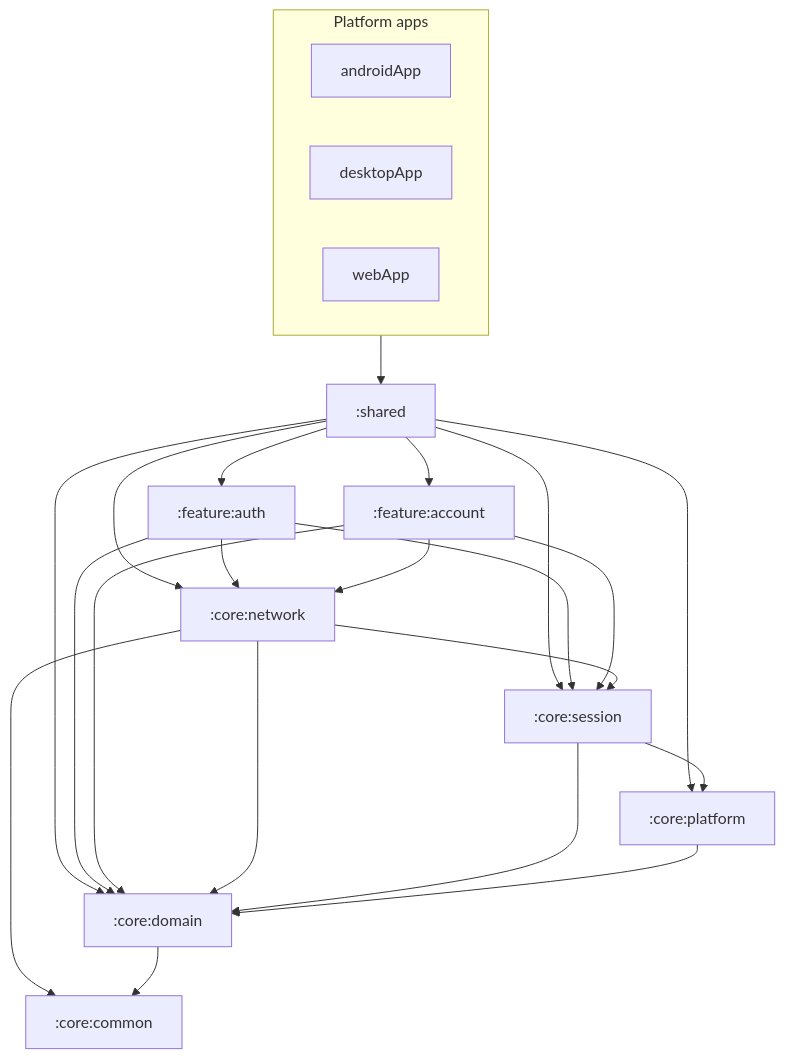
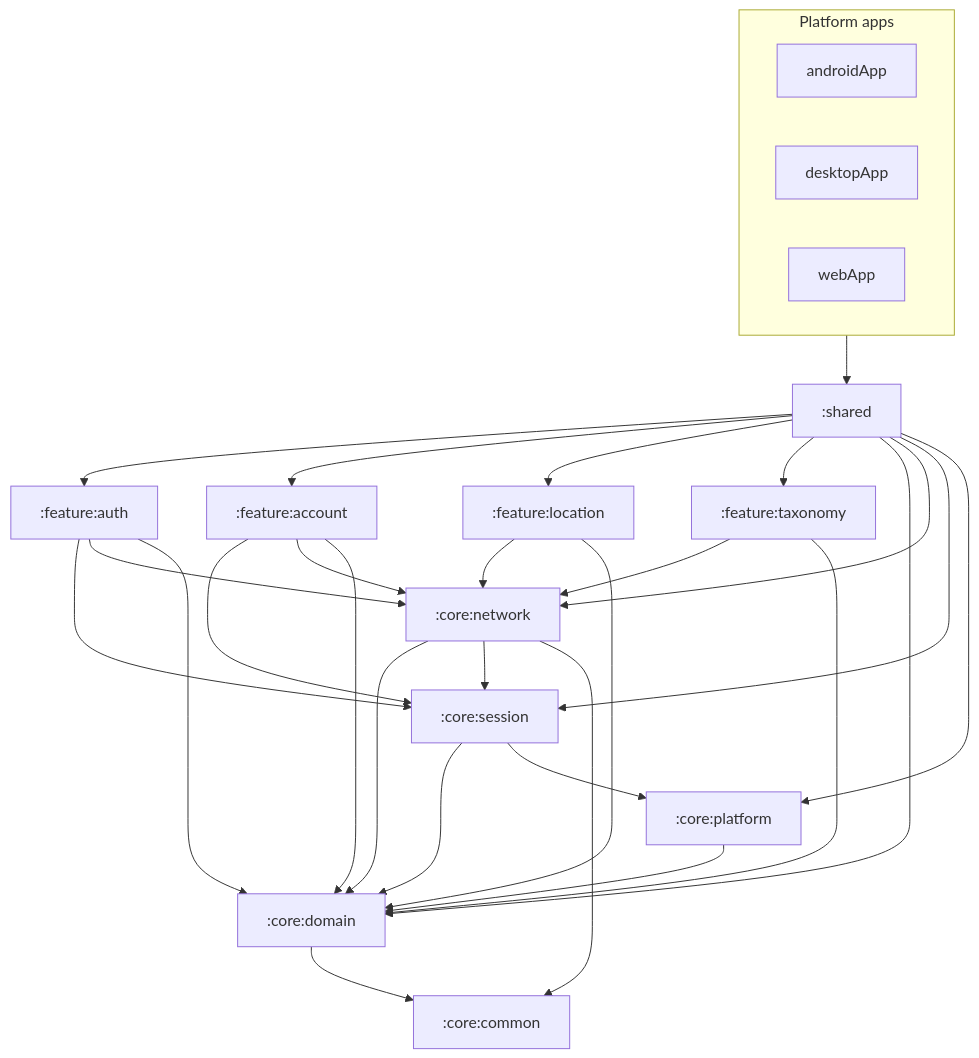
One commit to cavidyrm/vitran-frontend changed the diagram in docs/dependency-rules.md. Above: the diagram before and after it, drawn with Mermaid. The commit also changed other lines of this file and 54 other files, not shown here.

First line of the commit message:
Implement Phase 4 shared location and taxonomy reference data.

````diff
--- a/docs/dependency-rules.md
+++ b/docs/dependency-rules.md
@@ -7,38 +7,46 @@
 ```mermaid
 flowchart TB
   subgraph apps [Platform apps]
     androidApp
     desktopApp
     webApp
   end
 
   sharedMod[":shared"]
   featAuth[":feature:auth"]
   featAccount[":feature:account"]
+  featLocation[":feature:location"]
+  featTaxonomy[":feature:taxonomy"]
   coreDomain[":core:domain"]
   coreNetwork[":core:network"]
   coreSession[":core:session"]
   corePlatform[":core:platform"]
   coreCommon[":core:common"]
 
   apps --> sharedMod
   sharedMod --> featAuth
   sharedMod --> featAccount
+  sharedMod --> featLocation
+  sharedMod --> featTaxonomy
   sharedMod --> coreDomain
   sharedMod --> coreNetwork
   sharedMod --> coreSession
   sharedMod --> corePlatform
   featAuth --> coreSession
   featAuth --> coreNetwork
   featAuth --> coreDomain
   featAccount --> coreSession
   featAccount --> coreNetwork
   featAccount --> coreDomain
+  featLocation --> coreNetwork
+  featLocation --> coreDomain
+  featTaxonomy --> coreNetwork
+  featTaxonomy --> coreDomain
   coreNetwork --> coreDomain
   coreNetwork --> coreSession
   coreNetwork --> coreCommon
   coreSession --> coreDomain
   coreSession --> corePlatform
   corePlatform --> coreDomain
   coreDomain --> coreCommon
 ```
````
